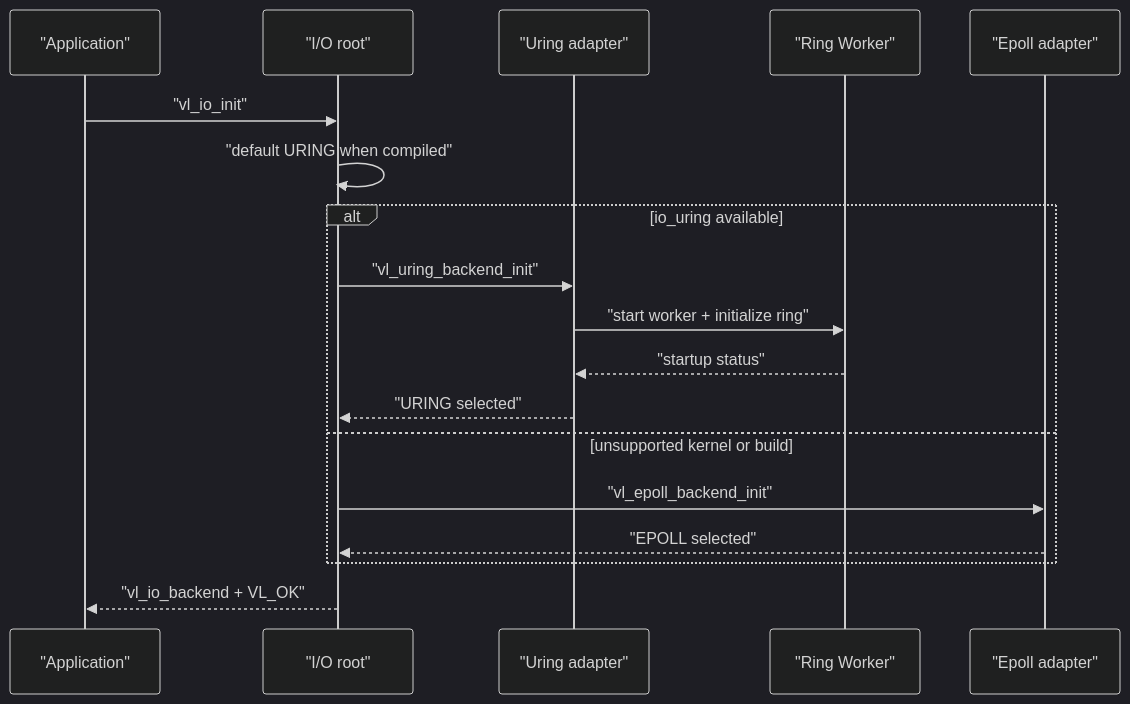
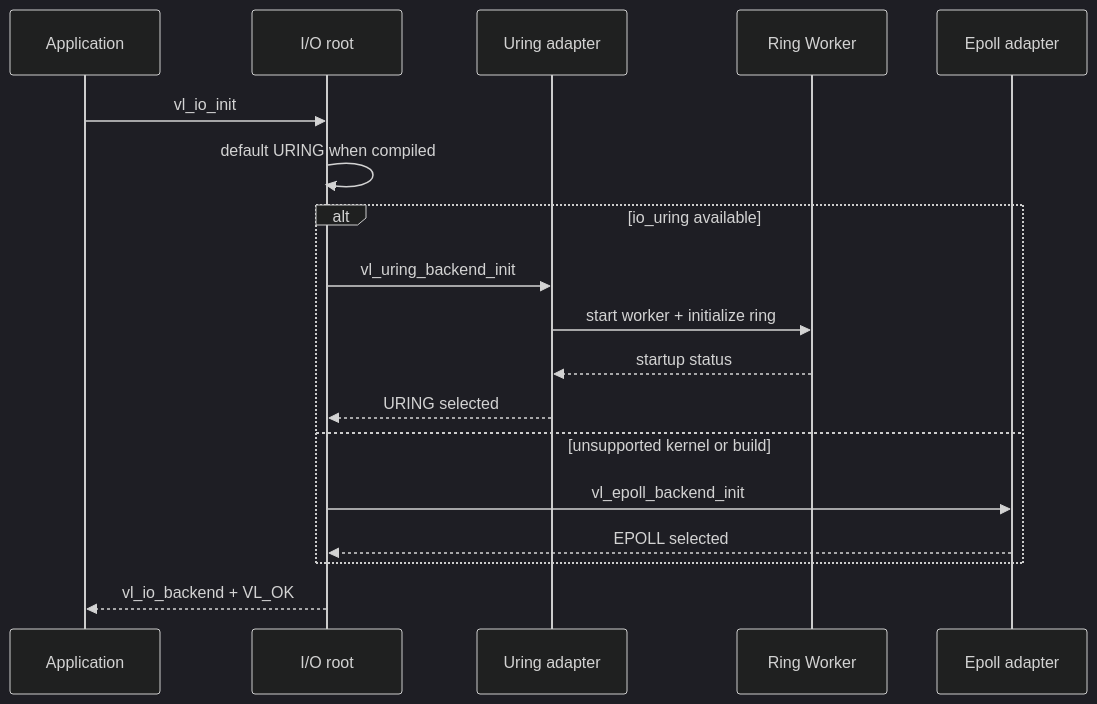
Before and after one commit to nobody0726/veloco: the third of 24 diagrams in docs/domain/domain-model-and-flows.md, drawn with Mermaid (dark theme). The commit also changed other lines of this file and 1 other file, not shown here.

First line of the commit message:
Make GitHub Mermaid diagrams render consistently

````diff
--- a/docs/domain/domain-model-and-flows.md
+++ b/docs/domain/domain-model-and-flows.md
@@ -340,21 +340,21 @@
 ```mermaid
 sequenceDiagram
-    participant A as "Application"
-    participant I as "I/O root"
-    participant U as "Uring adapter"
-    participant W as "Ring Worker"
-    participant E as "Epoll adapter"
+    participant A as Application
+    participant I as I/O root
+    participant U as Uring adapter
+    participant W as Ring Worker
+    participant E as Epoll adapter
 
-    A->>I: "vl_io_init"
-    I->>I: "default URING when compiled"
+    A->>I: vl_io_init
+    I->>I: default URING when compiled
     alt io_uring available
-        I->>U: "vl_uring_backend_init"
-        U->>W: "start worker + initialize ring"
-        W-->>U: "startup status"
-        U-->>I: "URING selected"
+        I->>U: vl_uring_backend_init
+        U->>W: start worker + initialize ring
+        W-->>U: startup status
+        U-->>I: URING selected
     else unsupported kernel or build
-        I->>E: "vl_epoll_backend_init"
-        E-->>I: "EPOLL selected"
+        I->>E: vl_epoll_backend_init
+        E-->>I: EPOLL selected
     end
-    I-->>A: "vl_io_backend + VL_OK"
+    I-->>A: vl_io_backend + VL_OK
 ```
````
